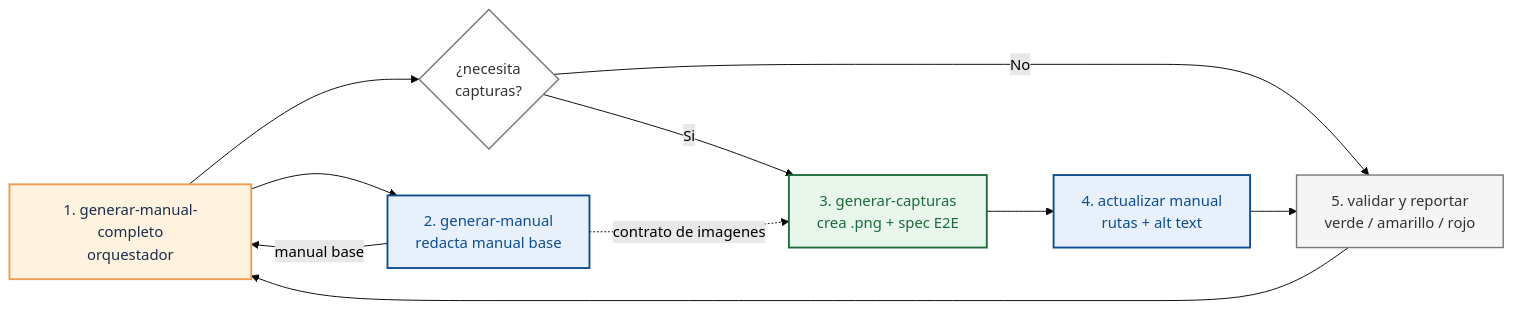
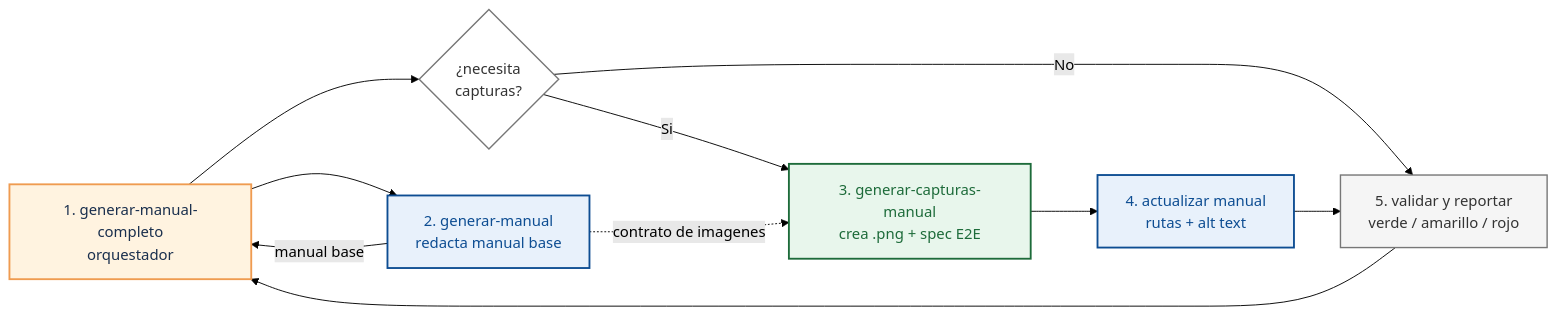
One commit to 10xGuatemala/bootcamp changed the diagram in docs/documentacion-y-requerimientos/05-generar-manuales-con-agentes.md. Above: the diagram before and after it, drawn with Mermaid (forest theme). The commit also changed other lines of this file and 31 other files, not shown here.

````diff
--- a/docs/documentacion-y-requerimientos/05-generar-manuales-con-agentes.md
+++ b/docs/documentacion-y-requerimientos/05-generar-manuales-con-agentes.md
@@ -26,31 +26,31 @@
 ```mermaid
 flowchart LR
     O["1. generar-manual-completo<br/>orquestador"]
     M["2. generar-manual<br/>redacta manual base"]
     D{"¿necesita<br/>capturas?"}
-    C["3. generar-capturas<br/>crea .png + spec E2E"]
+    C["3. generar-capturas-manual<br/>crea .png + spec E2E"]
     U["4. actualizar manual<br/>rutas + alt text"]
     F["5. validar y reportar<br/>verde / amarillo / rojo"]
 
     O --> M
     M -->|manual base| O
     O --> D
     D -->|Si| C
     D -->|No| F
     M -. contrato de imagenes .-> C
     C --> U
     U --> F
     F --> O
 
     classDef orchestrator fill:#fff3e0,stroke:#ef9b50,stroke-width:2px,color:#1a2f4d
     classDef manual fill:#e8f1fb,stroke:#0d4d92,stroke-width:2px,color:#0d4d92
     classDef shots fill:#e8f6ec,stroke:#1d6b3a,stroke-width:2px,color:#1d6b3a
     classDef decision fill:#ffffff,stroke:#777,stroke-width:1.5px,color:#333
     classDef report fill:#f5f5f5,stroke:#777,stroke-width:1.5px,color:#333
 
     class O orchestrator
     class M,U manual
     class C shots
     class D decision
     class F report
 ```
````
